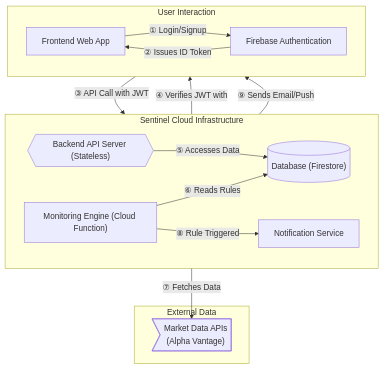
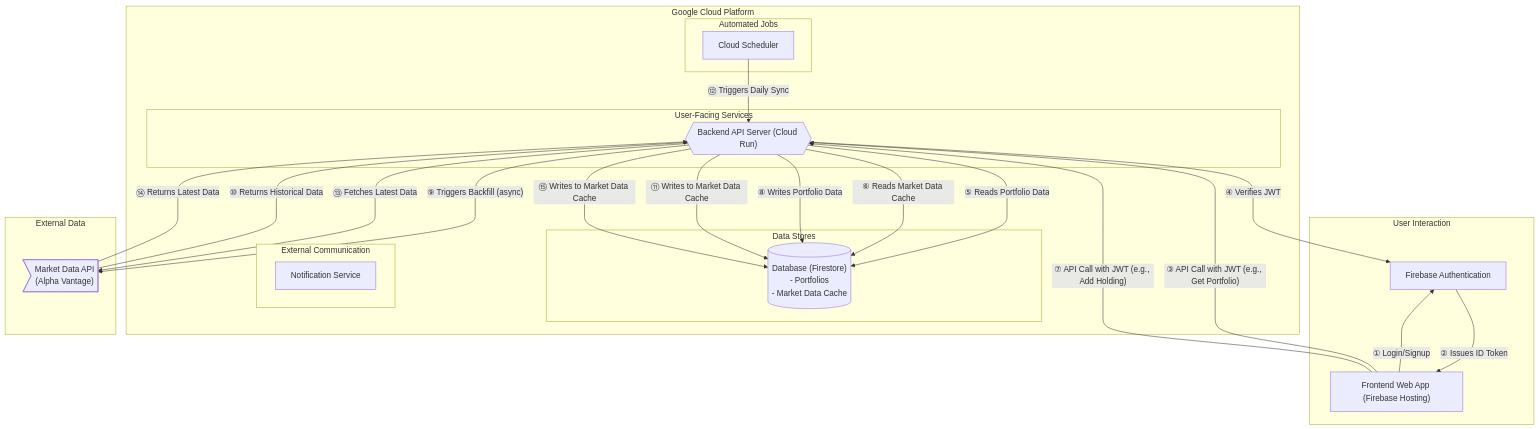
One commit to enzhao/Sentinel changed diagram 11 of 11 in product_spec.md. Above: the diagram before and after it, drawn with Mermaid. The commit also changed other lines of this file and 19 other files, not shown here.

First line of the commit message:
feat(data): implement Market Data Caching and Historical Backfill

````diff
--- a/product_spec.md
+++ b/product_spec.md
@@ -870,33 +882,52 @@
 ```mermaid
-graph TB
-    subgraph Sentinel Cloud Infrastructure
-        direction LR
-        D["Monitoring Engine (Cloud Function)"] 
-        E["Notification Service"]
-        B{{"Backend API Server (Stateless)"}}
-        C[("Database (Firestore)")]
+graph
+    subgraph "Google Cloud Platform"
+        %% direction LR
+        
+        subgraph "User-Facing Services"
+            B{{"Backend API Server (Cloud Run)"}}
+        end
+
+        subgraph "Data Stores"
+            C[("Database (Firestore)<br>- Portfolios<br>- Market Data Cache")]
+        end
+
+        subgraph "Automated Jobs"
+            Scheduler["Cloud Scheduler"]
+        end
+        
+        subgraph "External Communication"
+             E["Notification Service"]
+        end
     end
 
-    subgraph User Interaction
-        direction LR
-        A["Frontend Web App"]
+    subgraph "User Interaction"
+        %% direction LR
+        A["Frontend Web App (Firebase Hosting)"]
         G["Firebase Authentication"]
     end
 
-    subgraph External Data
-        F>"Market Data APIs<br>(Alpha Vantage)"]
+    subgraph "External Data"
+        F>"Market Data API<br>(Alpha Vantage)"]
     end
 
-    %% Define the flows with corrected numbers
+    %% Define the flows
     A -- "① Login/Signup" --> G
     G -- "② Issues ID Token" --> A
 
-    A -- "③ API Call with JWT" --> B
-    B -- "④ Verifies JWT with" --> G
-    B -- "⑤ Accesses Data" --> C
+    A -- "③ API Call with JWT (e.g., Get Portfolio)" --> B
+    B -- "④ Verifies JWT" --> G
+    B -- "⑤ Reads Portfolio Data" --> C
+    B -- "⑥ Reads Market Data Cache" --> C
+    
+    A -- "⑦ API Call with JWT (e.g., Add Holding)" --> B
+    B -- "⑧ Writes Portfolio Data" --> C
+    B -- "⑨ Triggers Backfill (async)" --> F
+    F -- "⑩ Returns Historical Data" --> B
+    B -- "⑪ Writes to Market Data Cache" --> C
 
-    D -- "⑥ Reads Rules" --> C
-    D -- "⑦ Fetches Data" --> F
-    D -- "⑧ Rule Triggered" --> E
-    E -- "⑨ Sends Email/Push" --> A
+    Scheduler -- "⑫ Triggers Daily Sync" --> B
+    B -- "⑬ Fetches Latest Data" --> F
+    F -- "⑭ Returns Latest Data" --> B
+    B -- "⑮ Writes to Market Data Cache" --> C
 ```
````
